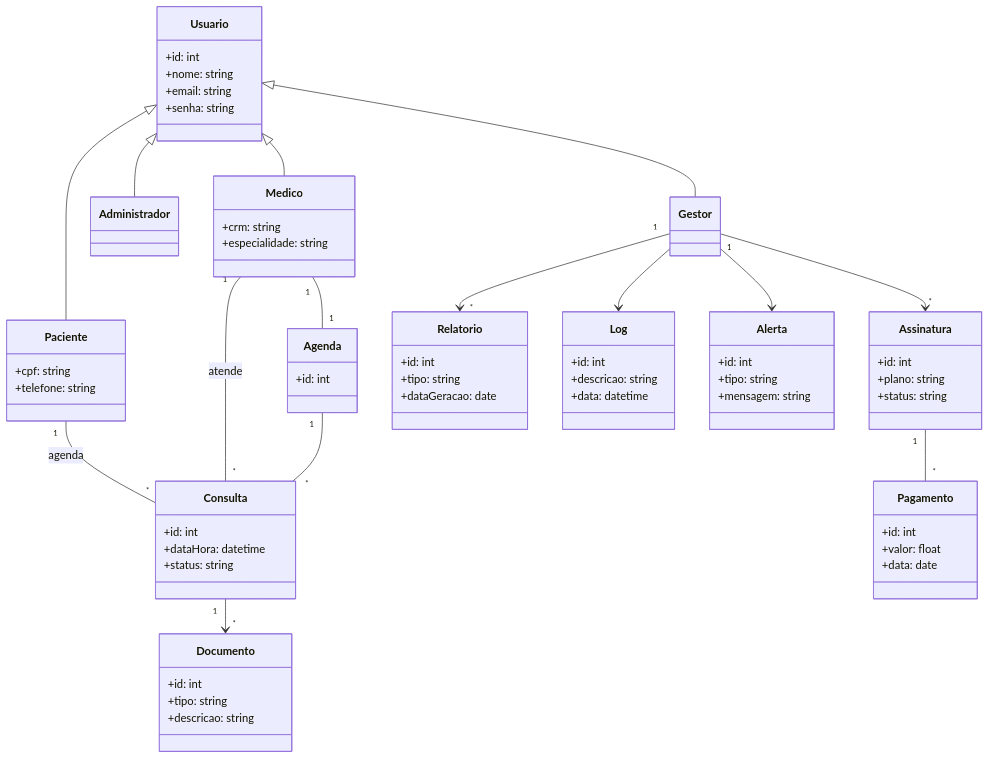
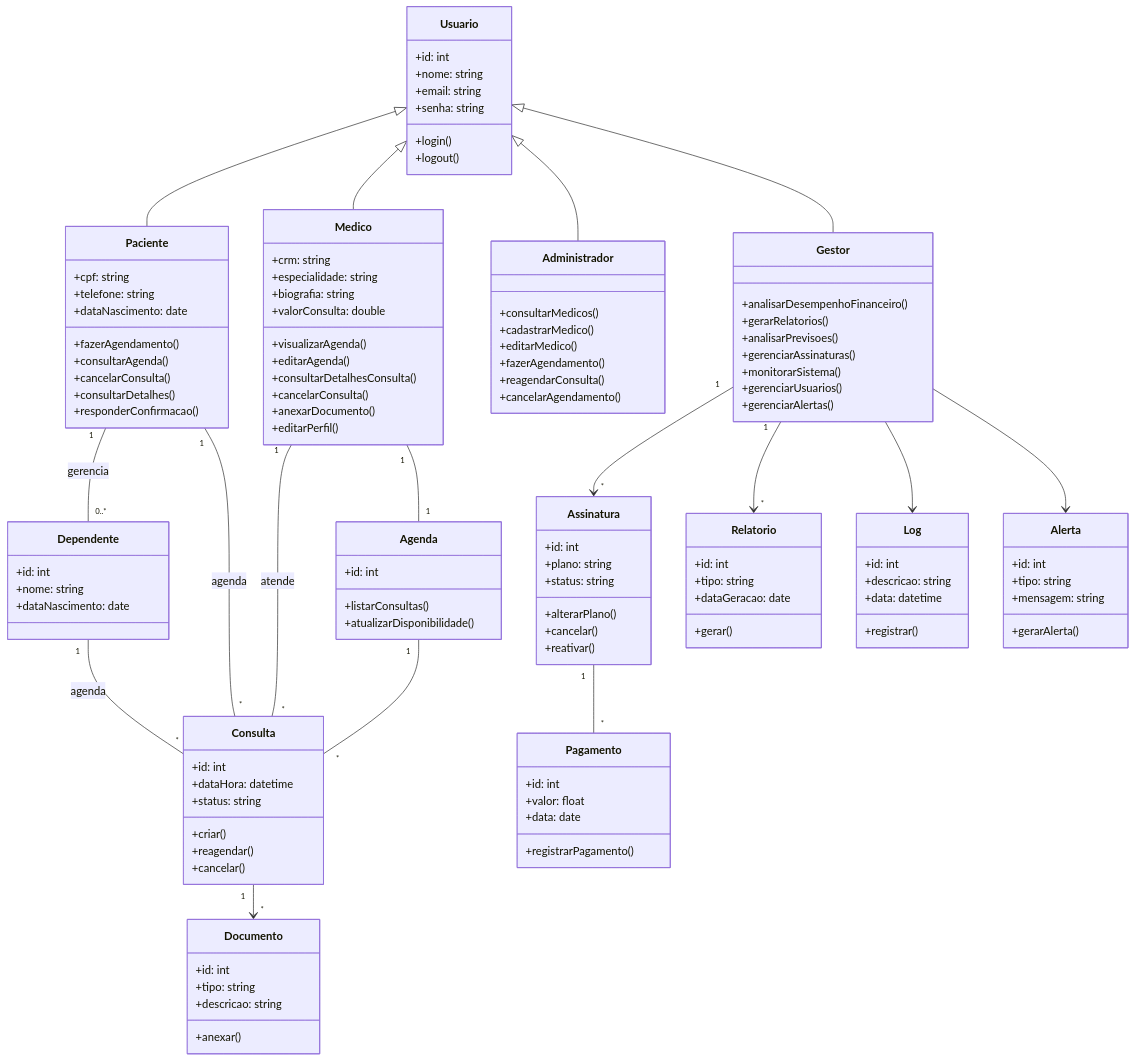
One commit to InsaneCaio/eng-soft-2026-1 changed the diagram in docs/diagrama de classe.md. Above: the diagram before and after it, drawn with Mermaid.

Commit message:
Add Dependente class and update relationships

```diff
--- a/docs/diagrama de classe.md
+++ b/docs/diagrama de classe.md
@@ -12,28 +12,69 @@
     +nome: string
     +email: string
     +senha: string
+    +login()
+    +logout()
 }
 
 class Paciente {
     +cpf: string
     +telefone: string
+    +dataNascimento: date
+    +fazerAgendamento()
+    +consultarAgenda()
+    +cancelarConsulta()
+    +consultarDetalhes()
+    +responderConfirmacao()
+}
+
+class Dependente {
+    +id: int
+    +nome: string
+    +dataNascimento: date
 }
 
 class Medico {
     +crm: string
     +especialidade: string
+    +biografia: string
+    +valorConsulta: double
+    +visualizarAgenda()
+    +editarAgenda()
+    +consultarDetalhesConsulta()
+    +cancelarConsulta()
+    +anexarDocumento()
+    +editarPerfil()
 }
 
 class Administrador {
+    +consultarMedicos()
+    +cadastrarMedico()
+    +editarMedico()
+    +fazerAgendamento()
+    +reagendarConsulta()
+    +cancelarAgendamento()
 }
 
 class Gestor {
+    +analisarDesempenhoFinanceiro()
+    +gerarRelatorios()
+    +analisarPrevisoes()
+    +gerenciarAssinaturas()
+    +monitorarSistema()
+    +gerenciarUsuarios()
+    +gerenciarAlertas()
 }
 
 Usuario <|-- Paciente
 Usuario <|-- Medico
 Usuario <|-- Administrador
 Usuario <|-- Gestor
+
+%% =======================
+%% RELAÇÃO PACIENTE - DEPENDENTE
+%% =======================
+
+Paciente "1" -- "0..*" Dependente : gerencia
 
 %% =======================
 %% AGENDAMENTO
@@ -43,13 +84,19 @@
     +id: int
     +dataHora: datetime
     +status: string
+    +criar()
+    +reagendar()
+    +cancelar()
 }
 
 class Agenda {
     +id: int
+    +listarConsultas()
+    +atualizarDisponibilidade()
 }
 
 Paciente "1" -- "*" Consulta : agenda
+Dependente "1" -- "*" Consulta : agenda
 Medico "1" -- "*" Consulta : atende
 
 Medico "1" -- "1" Agenda
@@ -63,6 +110,7 @@
     +id: int
     +tipo: string
     +descricao: string
+    +anexar()
 }
 
 Consulta "1" --> "*" Documento
@@ -75,12 +123,16 @@
     +id: int
     +plano: string
     +status: string
+    +alterarPlano()
+    +cancelar()
+    +reativar()
 }
 
 class Pagamento {
     +id: int
     +valor: float
     +data: date
+    +registrarPagamento()
 }
 
 Assinatura "1" -- "*" Pagamento
@@ -94,6 +146,7 @@
     +id: int
     +tipo: string
     +dataGeracao: date
+    +gerar()
 }
 
 Gestor "1" --> "*" Relatorio
@@ -106,12 +159,14 @@
     +id: int
     +descricao: string
     +data: datetime
+    +registrar()
 }
 
 class Alerta {
     +id: int
     +tipo: string
     +mensagem: string
+    +gerarAlerta()
 }
 
 Gestor --> Log
```
